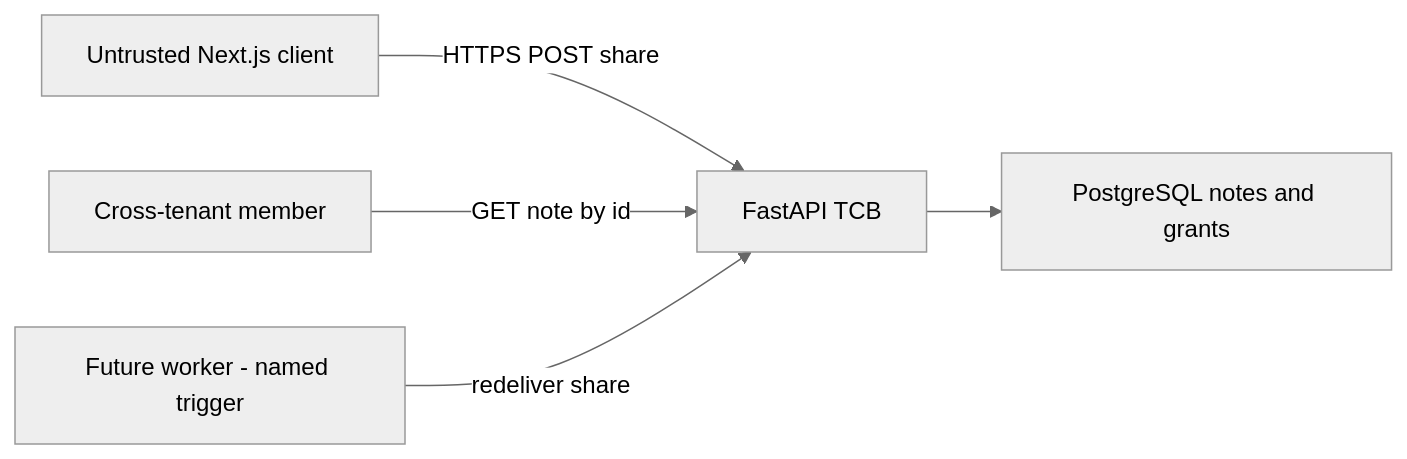
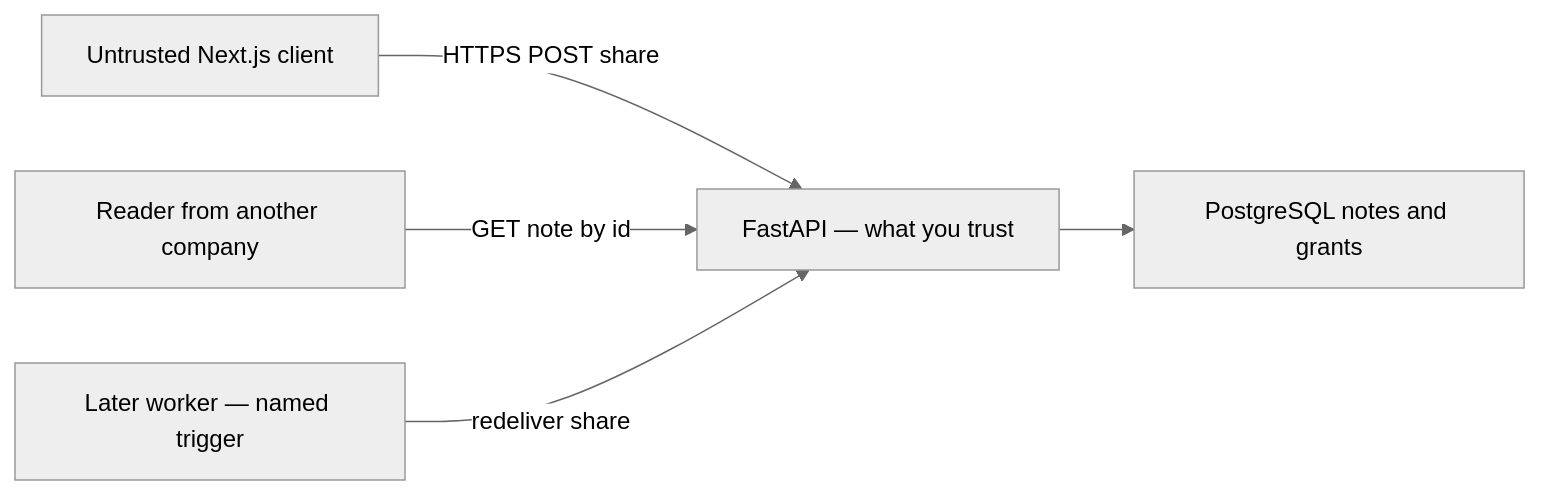
Before and after one commit to ishitvagoel/LearnSecurity: the first of 2 diagrams in content/modules/3/3.2/lessons/02-model.md, drawn with Mermaid (neutral theme). The commit also changed other lines of this file and 31 other files, not shown here.

````diff
--- a/content/modules/3/3.2/lessons/02-model.md
+++ b/content/modules/3/3.2/lessons/02-model.md
@@ -15,7 +14,7 @@
 ```mermaid
 flowchart LR
-  Browser["Untrusted Next.js client"] -->|"HTTPS POST share"| Api["FastAPI TCB"]
+  Browser["Untrusted Next.js client"] -->|"HTTPS POST share"| Api["FastAPI — what you trust"]
   Api --> Db["PostgreSQL notes and grants"]
-  Member["Cross-tenant member"] -->|"GET note by id"| Api
-  Worker["Future worker - named trigger"] -->|"redeliver share"| Api
+  Member["Reader from another company"] -->|"GET note by id"| Api
+  Worker["Later worker — named trigger"] -->|"redeliver share"| Api
 ```
````
